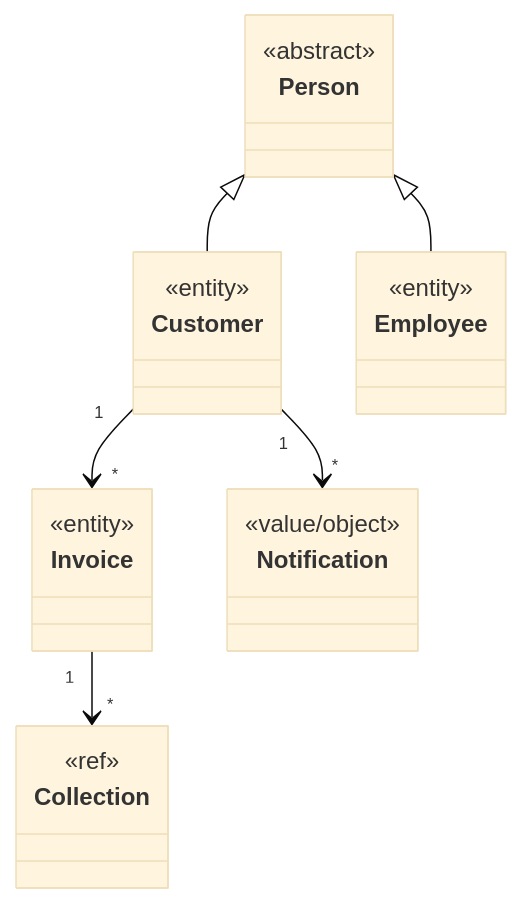
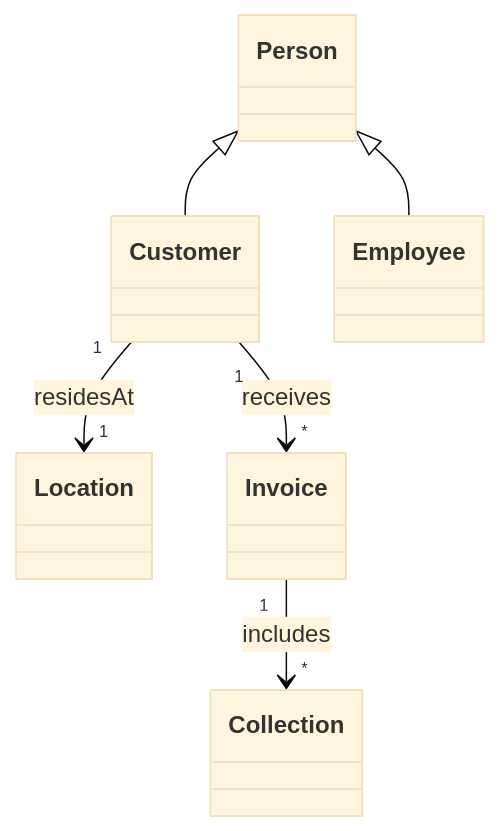
One commit to Alex-Cambrini/pss24-25-WasteMaster-Cambrini-Ferrari-Ragazzini changed the first of 3 diagrams in report.md. Above: the diagram before and after it, drawn with Mermaid (base theme). The commit also changed other lines of this file, not shown here.

````diff
--- a/report.md
+++ b/report.md
@@ -59,27 +91,15 @@
 ```mermaid
 classDiagram
-class Person {
-  <<abstract>>
-}
-class Customer {
-  <<entity>>
-}
-class Employee {
-  <<entity>>
-}
-class Invoice {
-  <<entity>>
-}
-class Notification {
-  <<value/object>>
-}
-class Collection {
-  <<ref>>
-}
+    class Person
+    class Customer
+    class Employee
+    class Location
+    class Invoice
+    class Collection
 
-Person <|-- Customer
-Person <|-- Employee
-Customer "1" --> "*" Invoice
-Invoice "1" --> "*" Collection
-Customer "1" --> "*" Notification
+    Person <|-- Customer
+    Person <|-- Employee
+    Customer "1" --> "1" Location : residesAt
+    Customer "1" --> "*" Invoice : receives
+    Invoice "1" --> "*" Collection : includes
 ```
````
